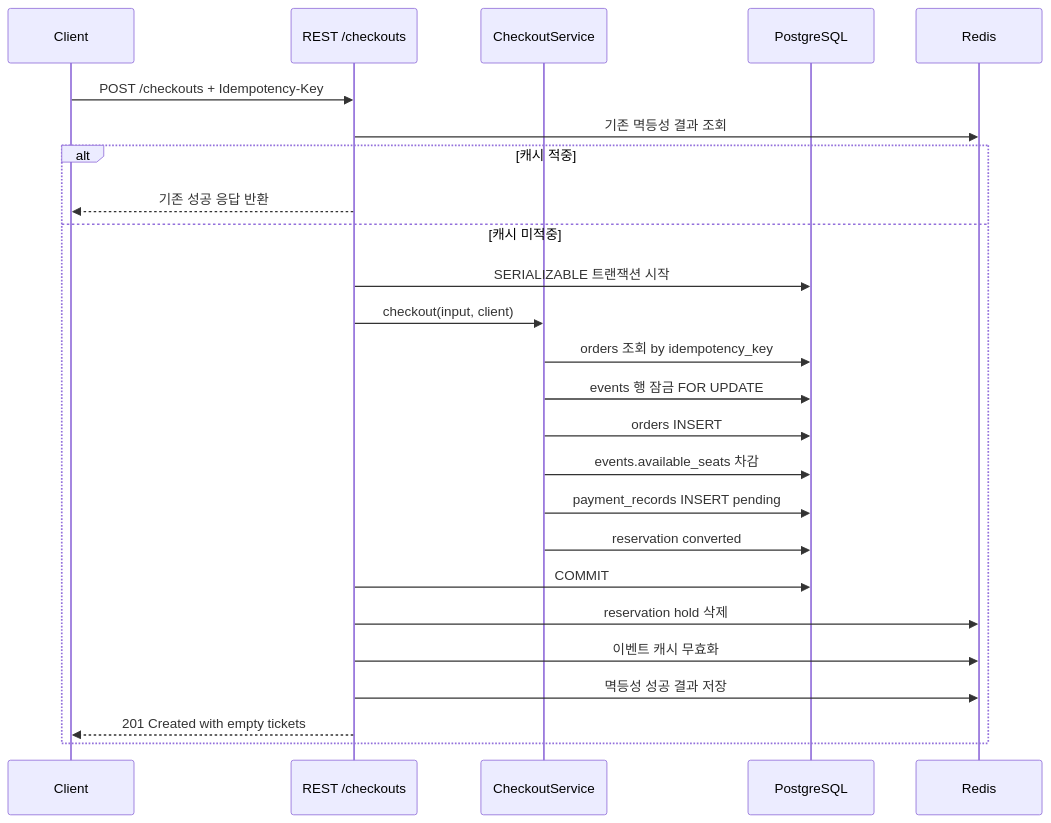
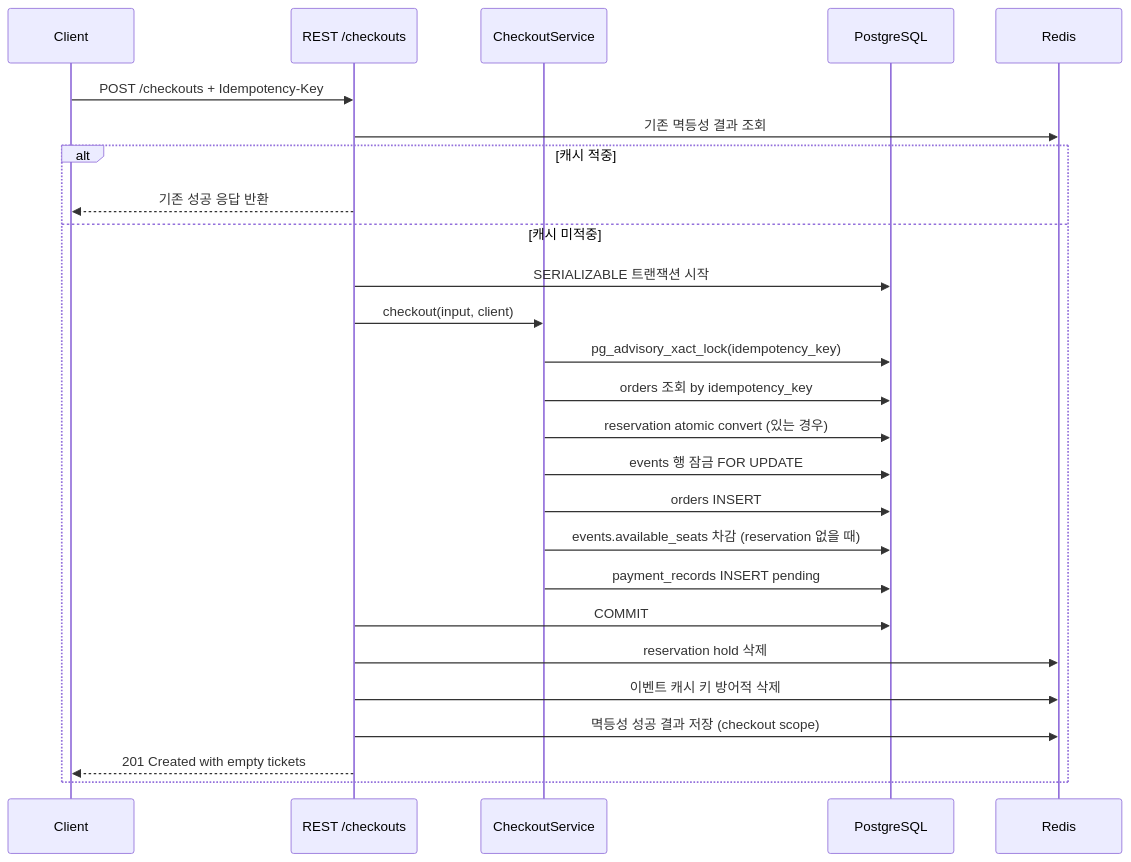
Before and after one commit to dosacha/PeakPass: the fourth of 5 diagrams in docs/ARCHITECTURE_DIAGRAMS.md, drawn with Mermaid. The commit also changed other lines of this file and 6 other files, not shown here.

````diff
--- a/docs/ARCHITECTURE_DIAGRAMS.md
+++ b/docs/ARCHITECTURE_DIAGRAMS.md
@@ -81,28 +83,29 @@
 ```mermaid
 sequenceDiagram
     participant C as Client
     participant API as REST /checkouts
     participant S as CheckoutService
     participant PG as PostgreSQL
     participant R as Redis
 
     C->>API: POST /checkouts + Idempotency-Key
     API->>R: 기존 멱등성 결과 조회
     alt 캐시 적중
         API-->>C: 기존 성공 응답 반환
     else 캐시 미적중
         API->>PG: SERIALIZABLE 트랜잭션 시작
         API->>S: checkout(input, client)
+        S->>PG: pg_advisory_xact_lock(idempotency_key)
         S->>PG: orders 조회 by idempotency_key
+        S->>PG: reservation atomic convert (있는 경우)
         S->>PG: events 행 잠금 FOR UPDATE
         S->>PG: orders INSERT
-        S->>PG: events.available_seats 차감
+        S->>PG: events.available_seats 차감 (reservation 없을 때)
         S->>PG: payment_records INSERT pending
-        S->>PG: reservation converted
         API->>PG: COMMIT
         API->>R: reservation hold 삭제
-        API->>R: 이벤트 캐시 무효화
-        API->>R: 멱등성 성공 결과 저장
+        API->>R: 이벤트 캐시 키 방어적 삭제
+        API->>R: 멱등성 성공 결과 저장 (checkout scope)
         API-->>C: 201 Created with empty tickets
     end
 ```
````
